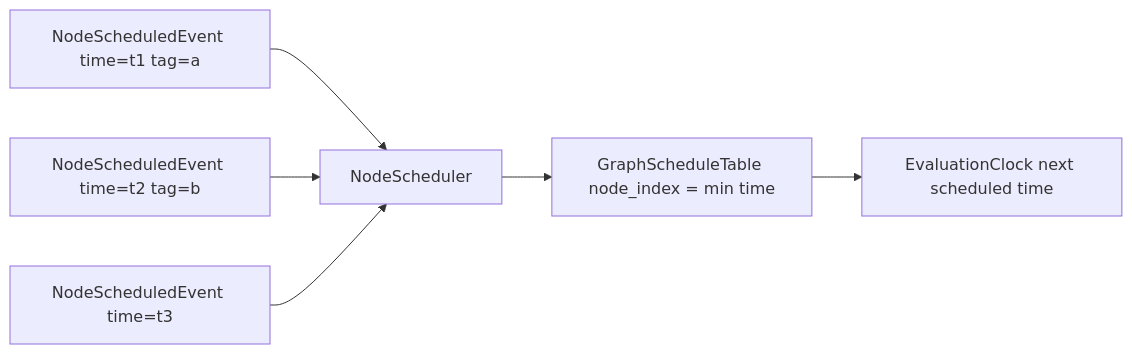
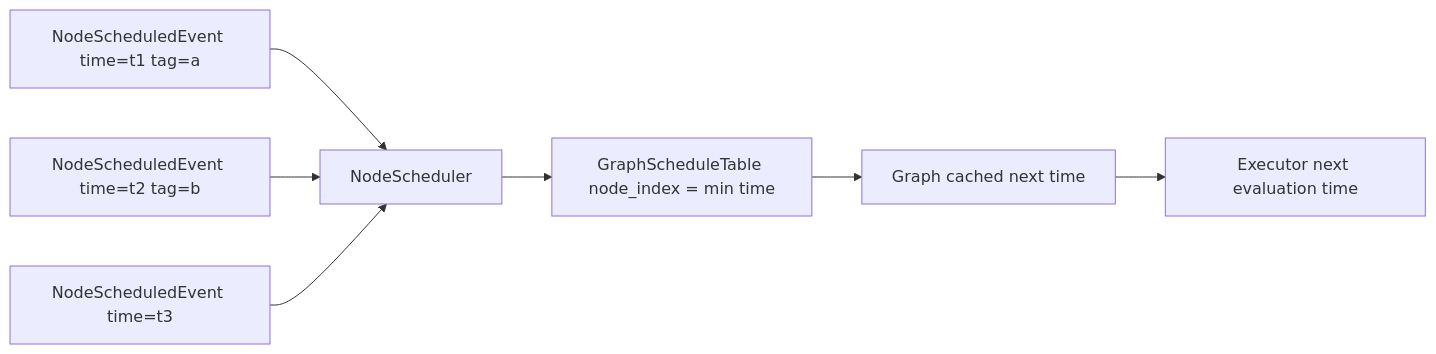
Before and after one commit to hhenson/hg_cpp: the second of 2 diagrams in docs/source/developer_guide/data_structures/overview/structural_layers.rst, drawn with Mermaid. The commit also changed other lines of this file and 16 other files, not shown here.

```diff
--- a/docs/source/developer_guide/data_structures/overview/structural_layers.rst
+++ b/docs/source/developer_guide/data_structures/overview/structural_layers.rst
@@ -178,15 +193,17 @@
 .. mermaid::
 
    flowchart LR
       Event1[NodeScheduledEvent time=t1 tag=a]
       Event2[NodeScheduledEvent time=t2 tag=b]
       Event3[NodeScheduledEvent time=t3]
       NodeScheduler[NodeScheduler]
       GraphEntry[GraphScheduleTable node_index = min time]
-      Clock[EvaluationClock next scheduled time]
+      GraphNext[Graph cached next time]
+      Clock[Executor next evaluation time]
 
       Event1 --> NodeScheduler
       Event2 --> NodeScheduler
       Event3 --> NodeScheduler
       NodeScheduler --> GraphEntry
-      GraphEntry --> Clock
+      GraphEntry --> GraphNext
+      GraphNext --> Clock
```
